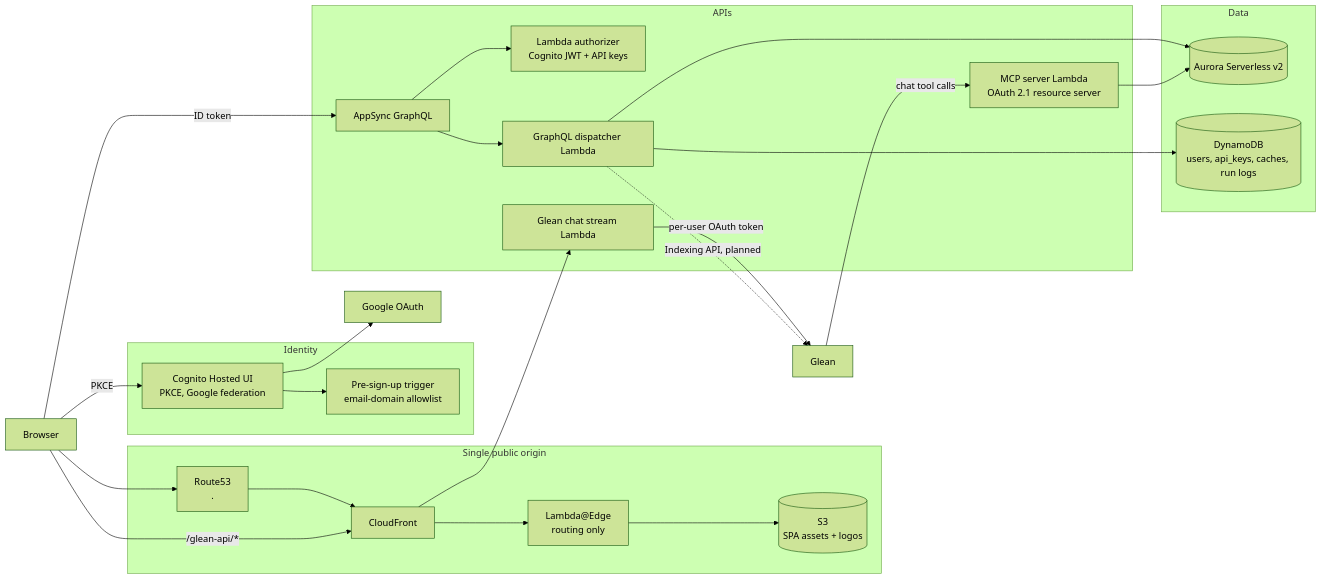
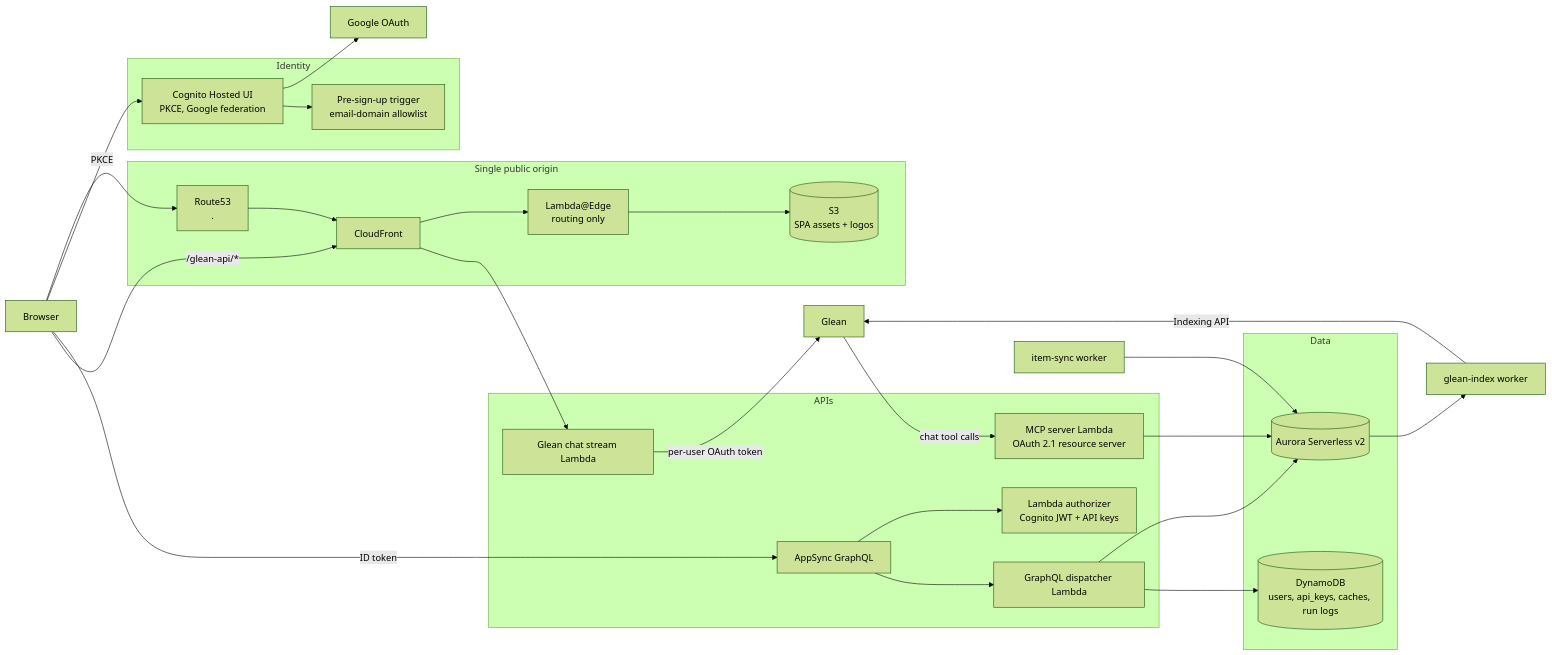
Before and after one commit to James-Crawford-Glean/External-Hub-Accelerator: the diagram in README.md, drawn with Mermaid (forest theme). The commit also changed other lines of this file and 312 other files, not shown here.

````diff
--- a/README.md
+++ b/README.md
@@ -82,41 +90,43 @@
 ```mermaid
 flowchart LR
   user["Browser"]
   glean["Glean"]
   google["Google OAuth"]
 
   subgraph edge["Single public origin"]
     dns["Route53<br/><env>.<domain_root>"]
     cf["CloudFront"]
     edgefn["Lambda@Edge<br/>routing only"]
     spa[("S3<br/>SPA assets + logos")]
   end
 
   subgraph auth["Identity"]
     cognito["Cognito Hosted UI<br/>PKCE, Google federation"]
     presignup["Pre-sign-up trigger<br/>email-domain allowlist"]
   end
 
   subgraph api["APIs"]
     appsync["AppSync GraphQL"]
     authorizer["Lambda authorizer<br/>Cognito JWT + API keys"]
     gql["GraphQL dispatcher Lambda"]
     mcp["MCP server Lambda<br/>OAuth 2.1 resource server"]
     stream["Glean chat stream Lambda"]
   end
 
   subgraph data["Data"]
     aurora[("Aurora Serverless v2")]
     ddb[("DynamoDB<br/>users, api_keys, caches, run logs")]
   end
 
   user --> dns --> cf --> edgefn --> spa
   user -->|PKCE| cognito --> google
   cognito --> presignup
   user -->|ID token| appsync --> authorizer
   appsync --> gql --> aurora
   gql --> ddb
   user -->|/glean-api/*| cf --> stream -->|per-user OAuth token| glean
   glean -->|chat tool calls| mcp --> aurora
-  gql -.->|Indexing API, planned| glean
+  indexer["glean-index worker"] -->|Indexing API| glean
+  sync["item-sync worker"] --> aurora
+  aurora --> indexer
 ```
````
